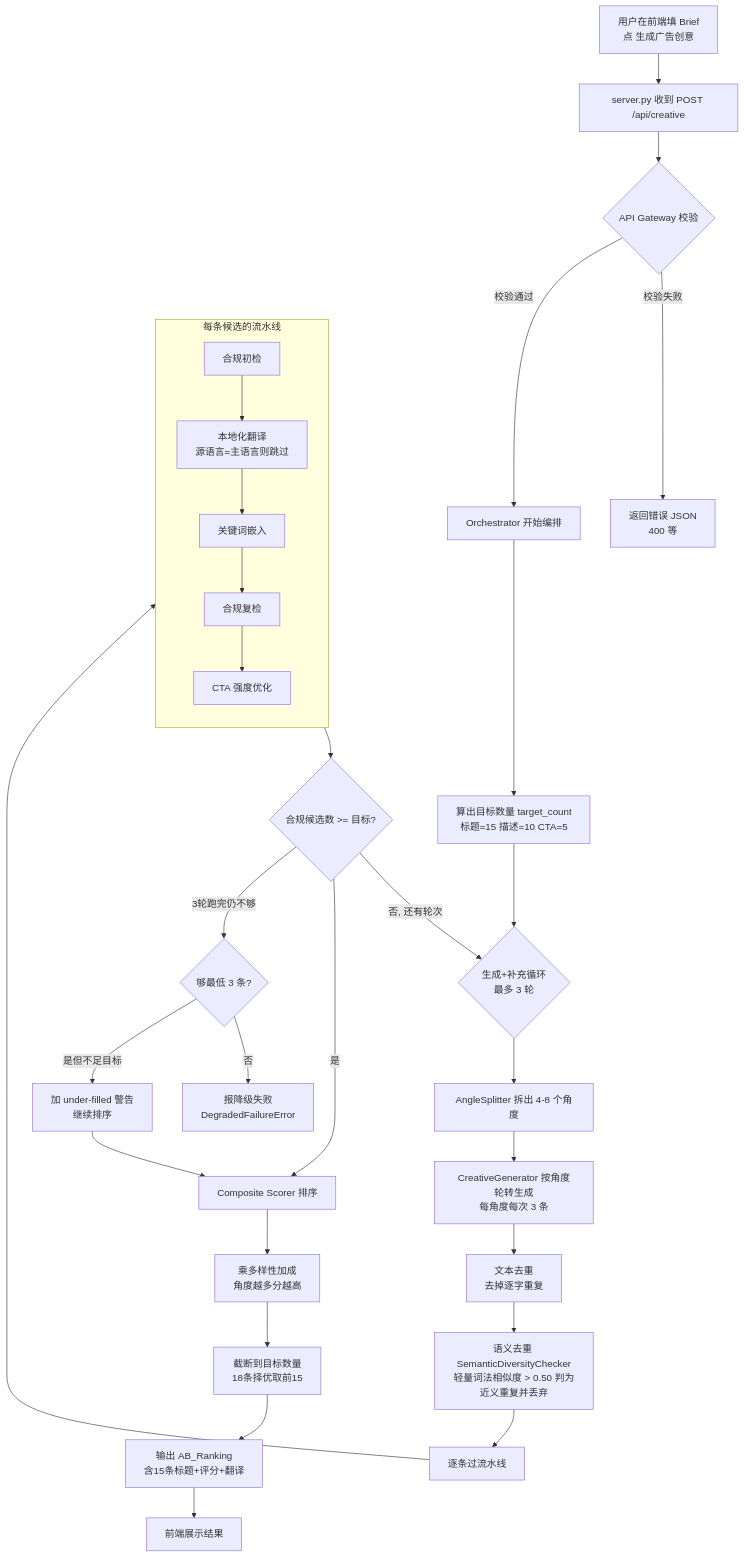
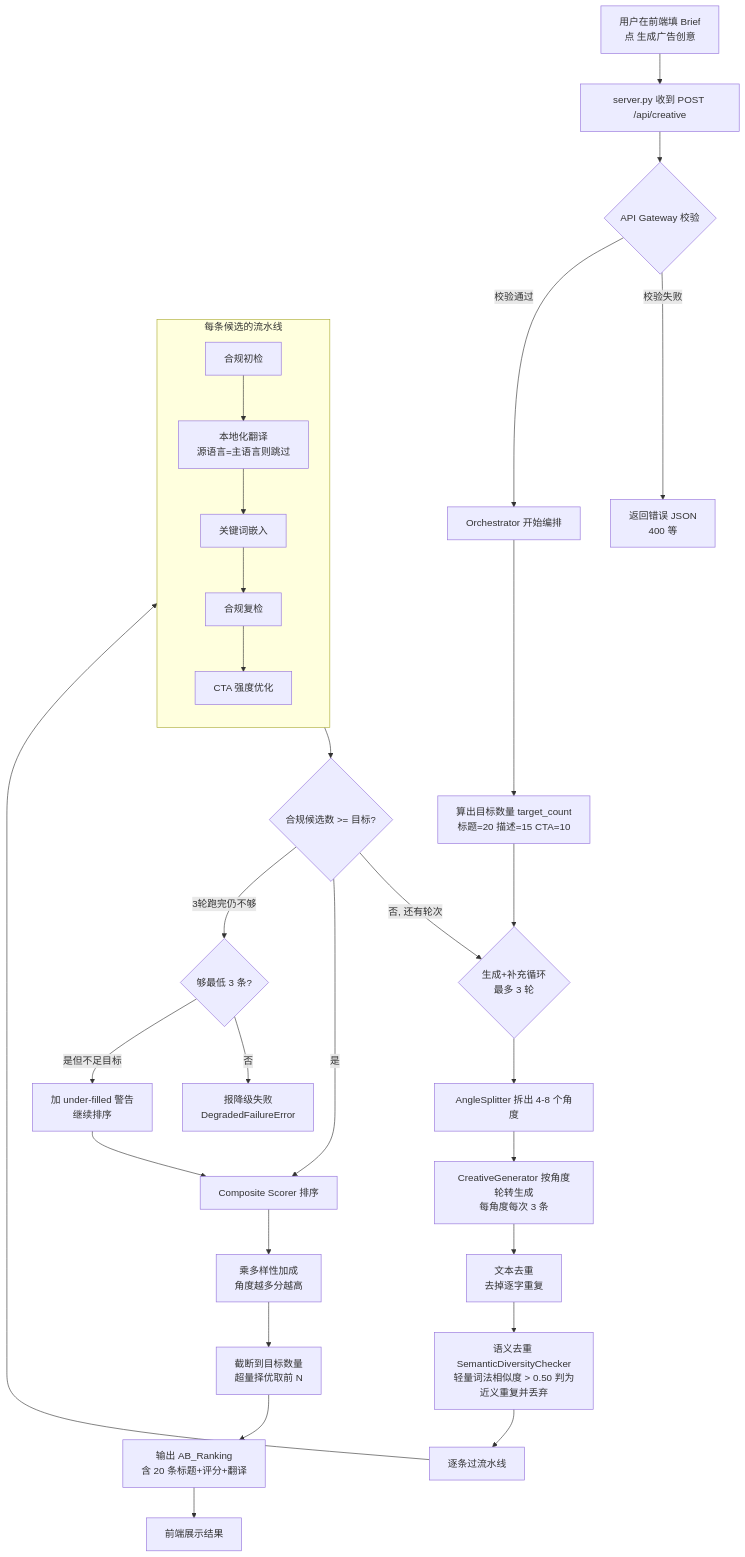
Before and after one commit to kangshengzhe/creative-editor-agent: the second of 4 diagrams in docs/WORKFLOW.md, drawn with Mermaid. The commit also changed other lines of this file and 3 other files, not shown here.

````diff
--- a/docs/WORKFLOW.md
+++ b/docs/WORKFLOW.md
@@ -58,39 +58,39 @@
 ```mermaid
 flowchart TD
     U[用户在前端填 Brief<br/>点 生成广告创意] --> S[server.py 收到 POST /api/creative]
     S --> G{API Gateway 校验}
     G -->|校验失败| ERR[返回错误 JSON<br/>400 等]
     G -->|校验通过| O[Orchestrator 开始编排]
 
-    O --> TC[算出目标数量 target_count<br/>标题=15 描述=10 CTA=5]
+    O --> TC[算出目标数量 target_count<br/>标题=20 描述=15 CTA=10]
     TC --> LOOP{生成+补充循环<br/>最多 3 轮}
 
     LOOP --> ANG[AngleSplitter 拆出 4-8 个角度]
     ANG --> GEN[CreativeGenerator 按角度轮转生成<br/>每角度每次 3 条]
     GEN --> TDEDUP[文本去重<br/>去掉逐字重复]
     TDEDUP --> SEM[语义去重 SemanticDiversityChecker<br/>轻量词法相似度 > 0.50 判为近义重复并丢弃]
     SEM --> PIPE[逐条过流水线]
 
     subgraph PIPE_DETAIL[每条候选的流水线]
         direction TB
         C1[合规初检] --> L1[本地化翻译<br/>源语言=主语言则跳过]
         L1 --> K1[关键词嵌入]
         K1 --> C2[合规复检]
         C2 --> CTA1[CTA 强度优化]
     end
 
     PIPE --> PIPE_DETAIL
     PIPE_DETAIL --> COUNT{合规候选数 >= 目标?}
     COUNT -->|否, 还有轮次| LOOP
     COUNT -->|是| RANK[Composite Scorer 排序]
     COUNT -->|3轮跑完仍不够| CHECK{够最低 3 条?}
 
     CHECK -->|否| FAIL[报降级失败<br/>DegradedFailureError]
     CHECK -->|是但不足目标| WARN[加 under-filled 警告<br/>继续排序]
     WARN --> RANK
 
     RANK --> MULT[乘多样性加成<br/>角度越多分越高]
-    MULT --> TRUNC[截断到目标数量<br/>18条择优取前15]
-    TRUNC --> OUT[输出 AB_Ranking<br/>含15条标题+评分+翻译]
+    MULT --> TRUNC[截断到目标数量<br/>超量择优取前 N]
+    TRUNC --> OUT[输出 AB_Ranking<br/>含 20 条标题+评分+翻译]
     OUT --> FE[前端展示结果]
 ```
````
